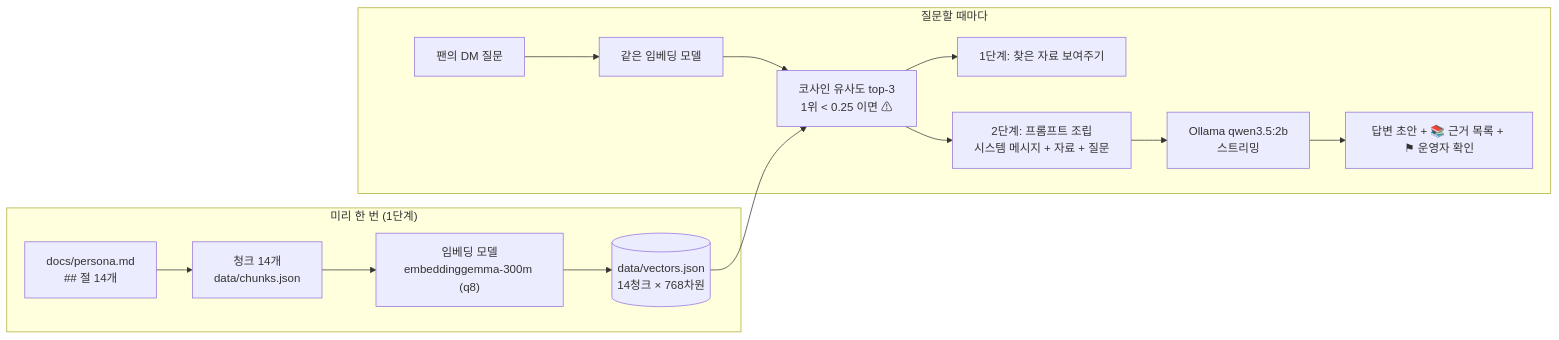
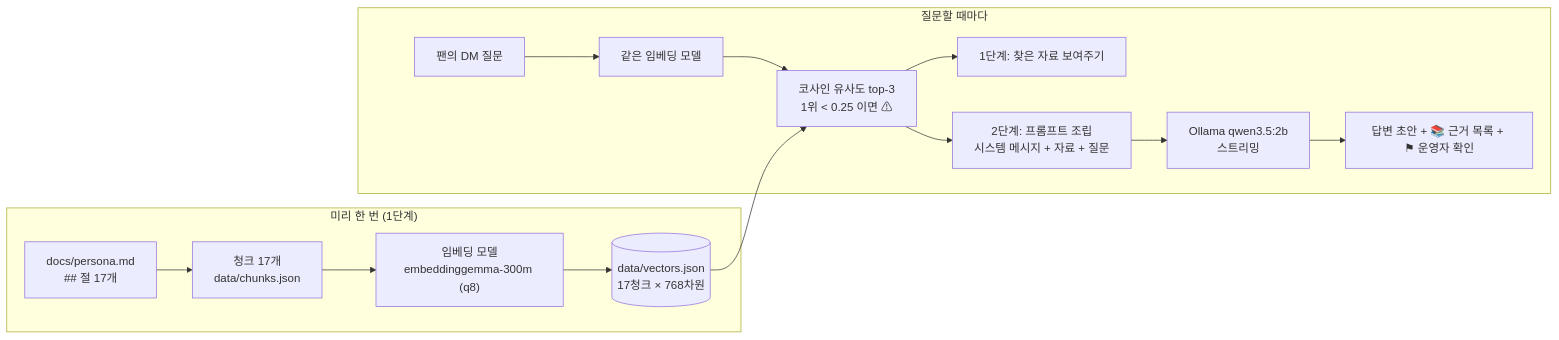
Before and after one commit to Benji5526/persona-dm-rag: the diagram in README.md, drawn with Mermaid. The commit also changed other lines of this file and 20 other files, not shown here.

````diff
--- a/README.md
+++ b/README.md
@@ -20,17 +20,17 @@
 ```mermaid
 flowchart LR
 subgraph 준비["미리 한 번 (1단계)"]
-D["docs/persona.md<br/>## 절 14개"] --> C["청크 14개<br/>data/chunks.json"]
+D["docs/persona.md<br/>## 절 17개"] --> C["청크 17개<br/>data/chunks.json"]
 C --> E1["임베딩 모델<br/>embeddinggemma-300m (q8)"]
-E1 --> V[("data/vectors.json<br/>14청크 × 768차원")]
+E1 --> V[("data/vectors.json<br/>17청크 × 768차원")]
 end
 subgraph 질문할때["질문할 때마다"]
 Q["팬의 DM 질문"] --> E2["같은 임베딩 모델"]
 E2 --> S["코사인 유사도 top-3<br/>1위 < 0.25 이면 ⚠"]
 V --> S
 S --> SHOW["1단계: 찾은 자료 보여주기"]
 S --> P["2단계: 프롬프트 조립<br/>시스템 메시지 + 자료 + 질문"]
 P --> L["Ollama qwen3.5:2b<br/>스트리밍"]
 L --> A["답변 초안 + 📚 근거 목록 + ⚑ 운영자 확인"]
 end
 ```
````
